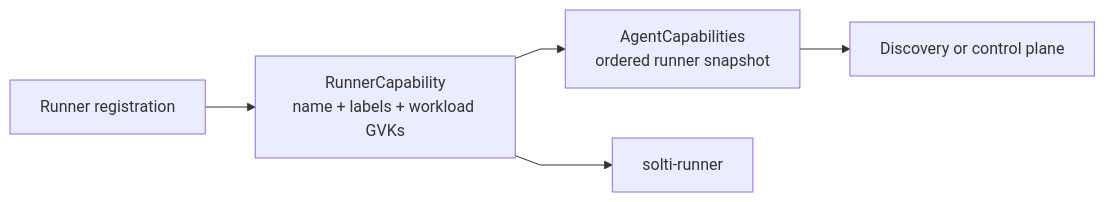
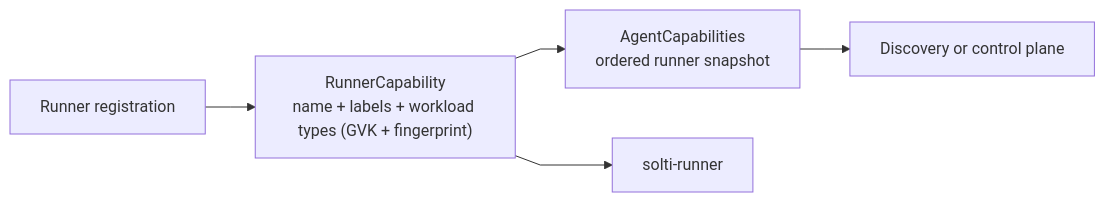
One commit to soltiHQ/sdk changed the tenth of 10 diagrams in crates/solti-model/ARCHITECTURE.md. Above: the diagram before and after it, drawn with Mermaid. The commit also changed other lines of this file and 148 other files, not shown here.

Commit message:
[other] workload types (#68)

````diff
--- a/crates/solti-model/ARCHITECTURE.md
+++ b/crates/solti-model/ARCHITECTURE.md
@@ -383,14 +396,14 @@
 ```mermaid
 %%{init: {"flowchart": {"curve": "linear"}}}%%
 flowchart LR
     Registration["Runner registration"]
-    Runner["RunnerCapability<br/>name + labels + workload GVKs"]
+    Runner["RunnerCapability<br/>name + labels + workload types (GVK + fingerprint)"]
     Agent["AgentCapabilities<br/>ordered runner snapshot"]
     Discovery["Discovery or control plane"]
     Router["solti-runner"]
 
     Registration --> Runner
     Runner --> Agent
     Agent --> Discovery
     Runner --> Router
 ```
````
